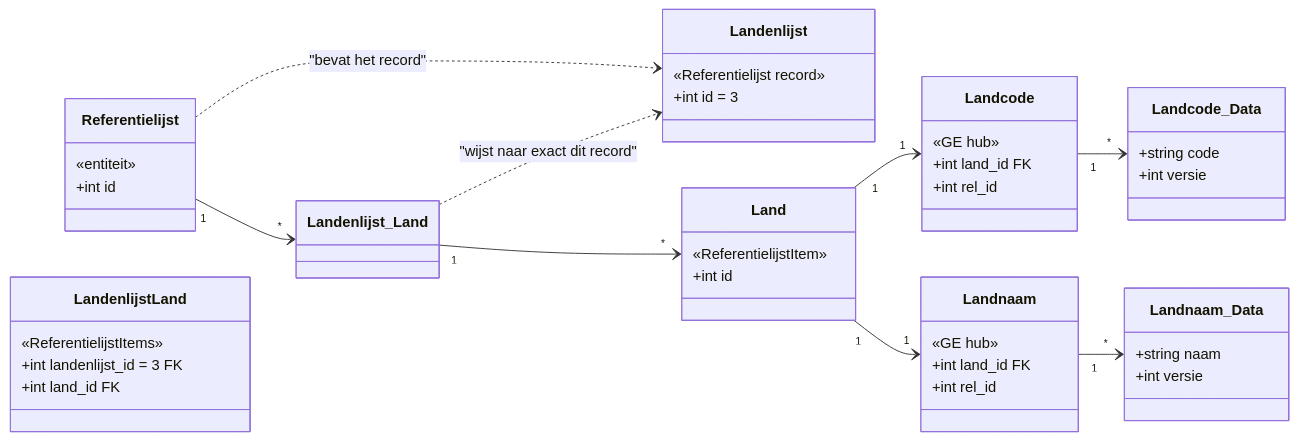
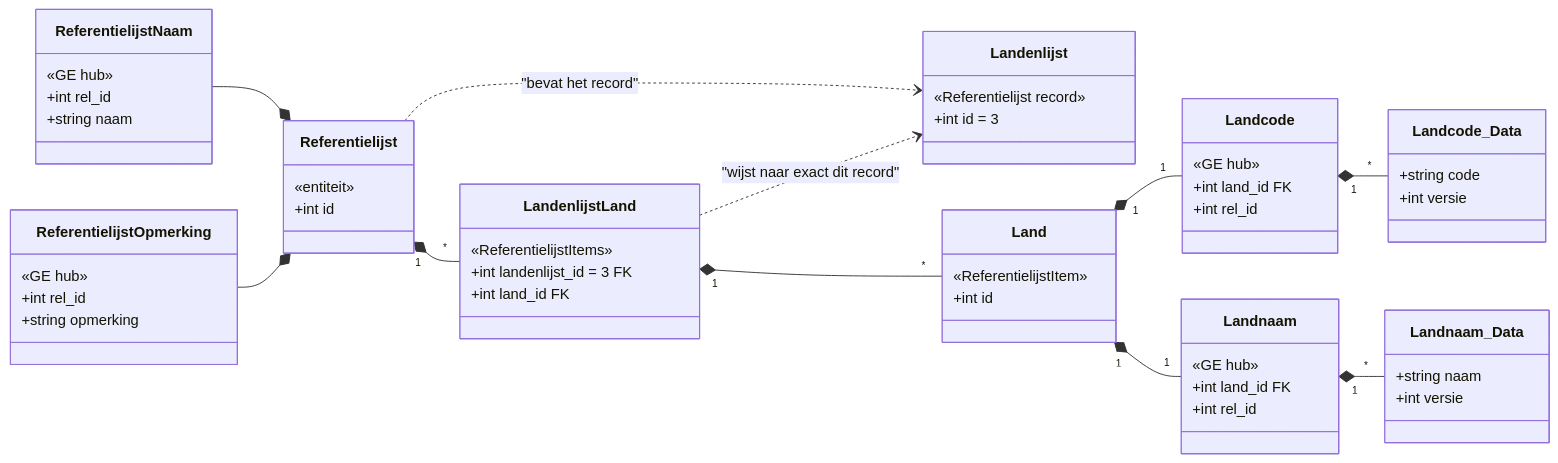
One commit to MarkWestbroek/Bitemporal_2026 changed the second of 4 diagrams in bitemp_register_v06/Referentielijsten.md. Above: the diagram before and after it, drawn with Mermaid. The commit also changed other lines of this file, not shown here.

````diff
--- a/bitemp_register_v06/Referentielijsten.md
+++ b/bitemp_register_v06/Referentielijsten.md
@@ -90,56 +126,71 @@
 ```mermaid
 classDiagram
   direction LR
 
   class Referentielijst {
     «entiteit»
     +int id
   }
+
+  class ReferentielijstNaam {
+    «GE hub»
+    +int rel_id
+    +string naam
+  }
+  ReferentielijstNaam --* Referentielijst
+
+  class ReferentielijstOpmerking {
+    «GE hub»
+    +int rel_id
+    +string opmerking
+  }
+  ReferentielijstOpmerking --* Referentielijst
+
 
   class Landenlijst {
     «Referentielijst record»
     +int id = 3
   }
 
   class Land {
     «ReferentielijstItem»
     +int id
   }
 
   class LandenlijstLand {
     «ReferentielijstItems»
     +int landenlijst_id = 3 FK
     +int land_id FK
   }
 
   class Landcode {
     «GE hub»
     +int land_id FK
     +int rel_id
   }
 
   class Landnaam {
     «GE hub»
     +int land_id FK
     +int rel_id
   }
 
   class Landcode_Data {
     +string code
     +int versie
   }
 
   class Landnaam_Data {
     +string naam
     +int versie
   }
 
-  Referentielijst "1" --> "*" Landenlijst_Land
+  Referentielijst "1" *-- "*" LandenlijstLand
   Referentielijst ..> Landenlijst : "bevat het record"
-  Landenlijst_Land ..> Landenlijst : "wijst naar exact dit record"
-  Landenlijst_Land "1" --> "*" Land
-  Land "1" --> "1" Landcode
-  Land "1" --> "1" Landnaam
-  Landcode "1" --> "*" Landcode_Data
-  Landnaam "1" --> "*" Landnaam_Data
+  LandenlijstLand ..> Landenlijst : "wijst naar exact dit record"
+  LandenlijstLand "1" *-- "*" Land
+  Land "1" *-- "1" Landcode
+  Land "1" *-- "1" Landnaam
+  Landcode "1" *-- "*" Landcode_Data
+  Landnaam "1" *-- "*" Landnaam_Data
 ```
````
